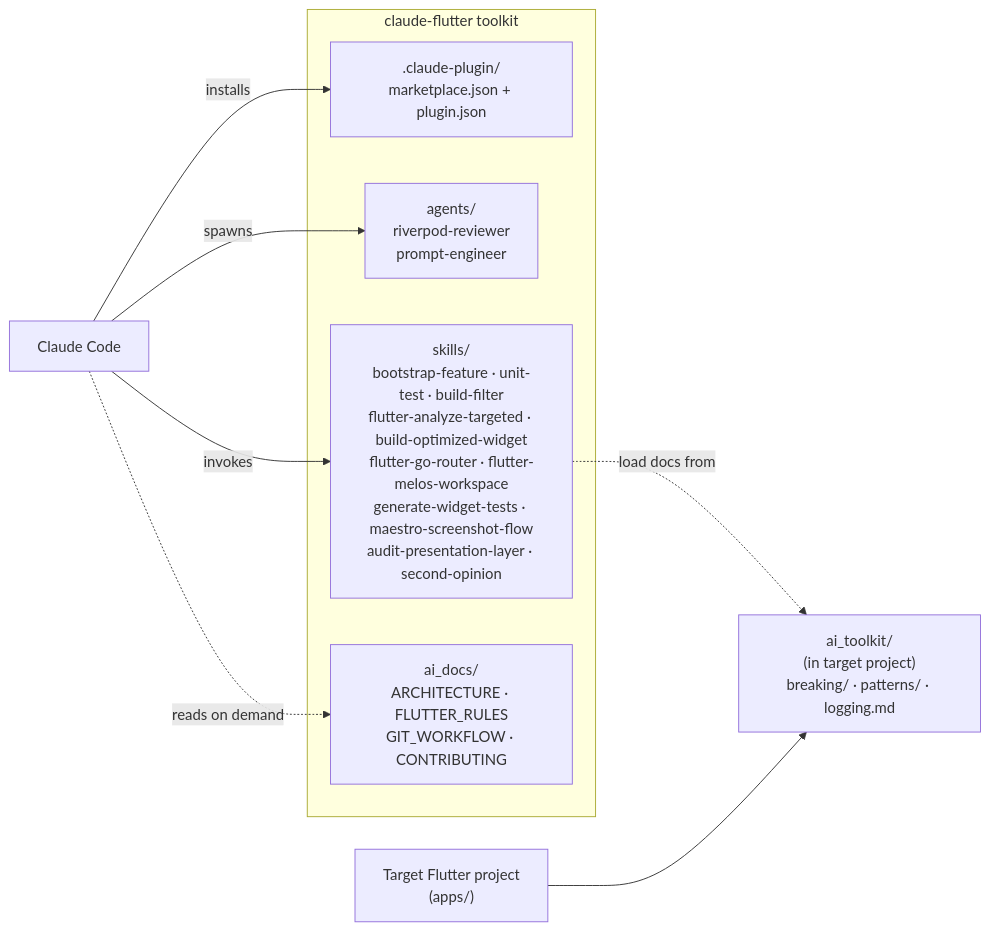
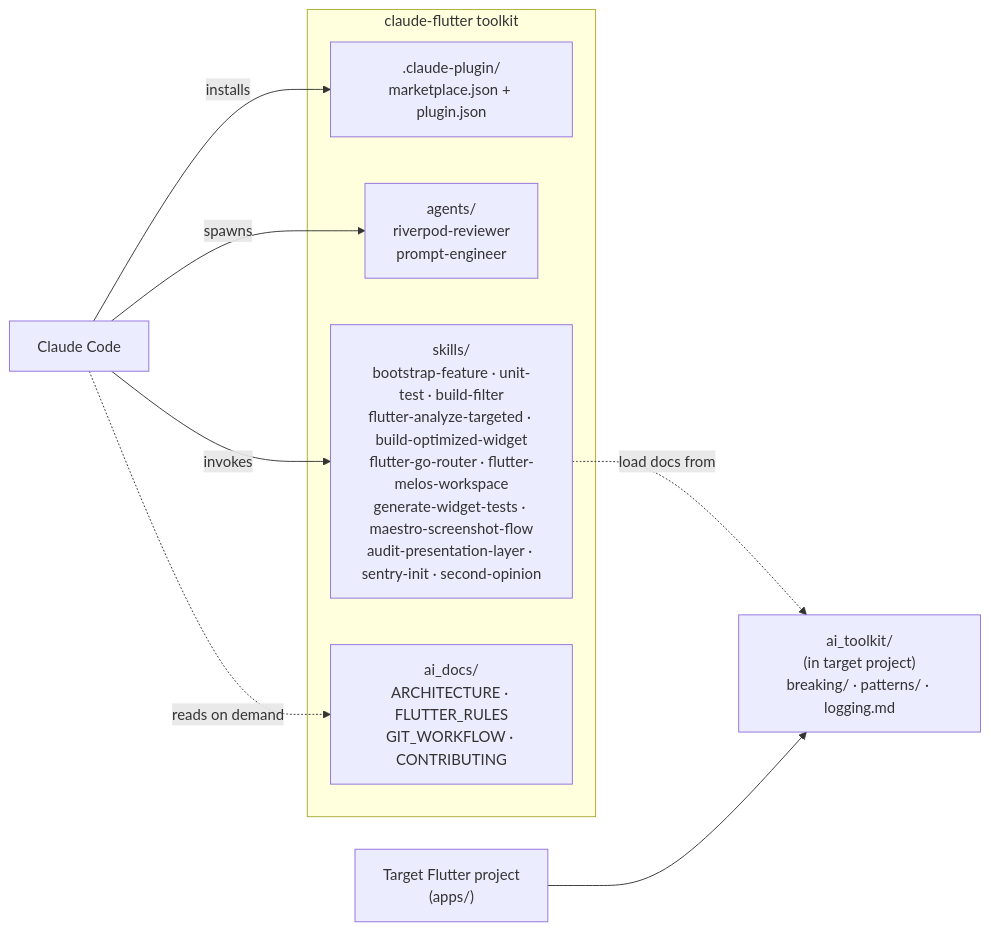
The diagram in ai_docs/ARCHITECTURE.md (iamantoniodinuzzo/claude-flutter), drawn with Mermaid before and after one commit. The commit also changed other lines of this file and 4 other files, not shown here.

````diff
--- a/ai_docs/ARCHITECTURE.md
+++ b/ai_docs/ARCHITECTURE.md
@@ -20,20 +20,20 @@
 ```mermaid
 flowchart LR
     subgraph Repo["claude-flutter toolkit"]
         plugin[".claude-plugin/\nmarketplace.json + plugin.json"]
         agents["agents/\nriverpod-reviewer\nprompt-engineer"]
-        skills["skills/\nbootstrap-feature · unit-test · build-filter\nflutter-analyze-targeted · build-optimized-widget\nflutter-go-router · flutter-melos-workspace\ngenerate-widget-tests · maestro-screenshot-flow\naudit-presentation-layer · second-opinion"]
+        skills["skills/\nbootstrap-feature · unit-test · build-filter\nflutter-analyze-targeted · build-optimized-widget\nflutter-go-router · flutter-melos-workspace\ngenerate-widget-tests · maestro-screenshot-flow\naudit-presentation-layer · sentry-init · second-opinion"]
         aidocs["ai_docs/\nARCHITECTURE · FLUTTER_RULES\nGIT_WORKFLOW · CONTRIBUTING"]
     end
 
     cc[Claude Code]
     target["Target Flutter project\n(apps/<app>)"]
     ai_toolkit["ai_toolkit/\n(in target project)\nbreaking/ · patterns/ · logging.md"]
 
     cc -->|installs| plugin
     cc -->|invokes| skills
     cc -->|spawns| agents
     skills -.->|load docs from| ai_toolkit
     target --> ai_toolkit
     cc -.->|reads on demand| aidocs
 ```
````
